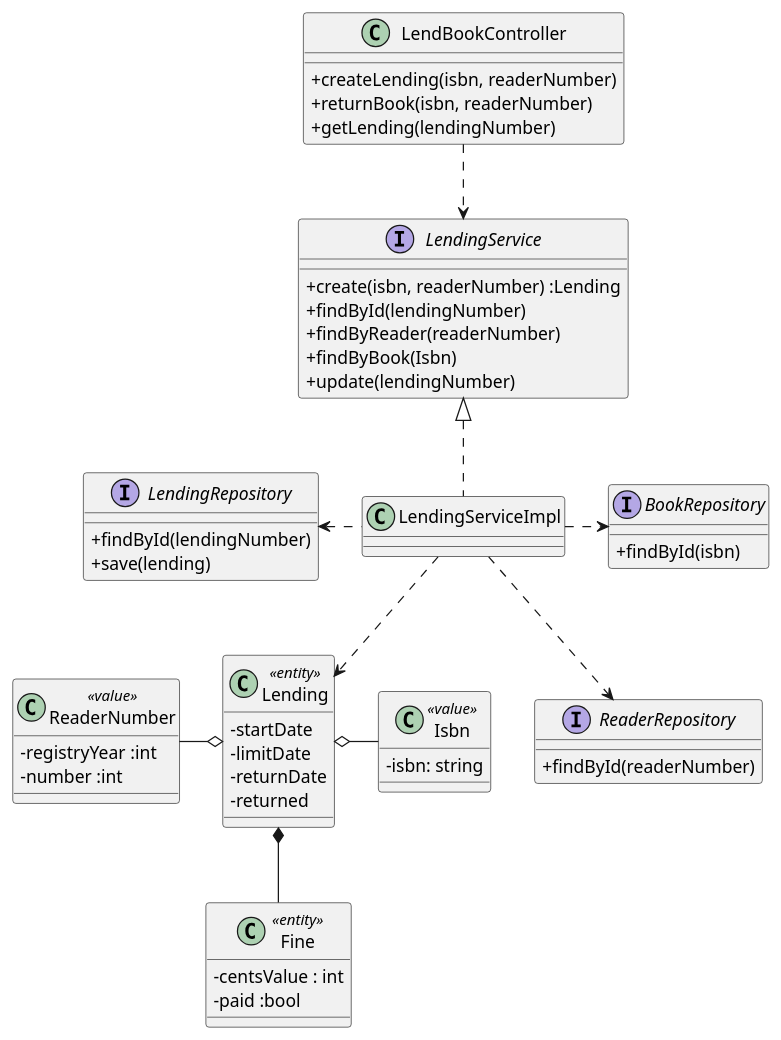
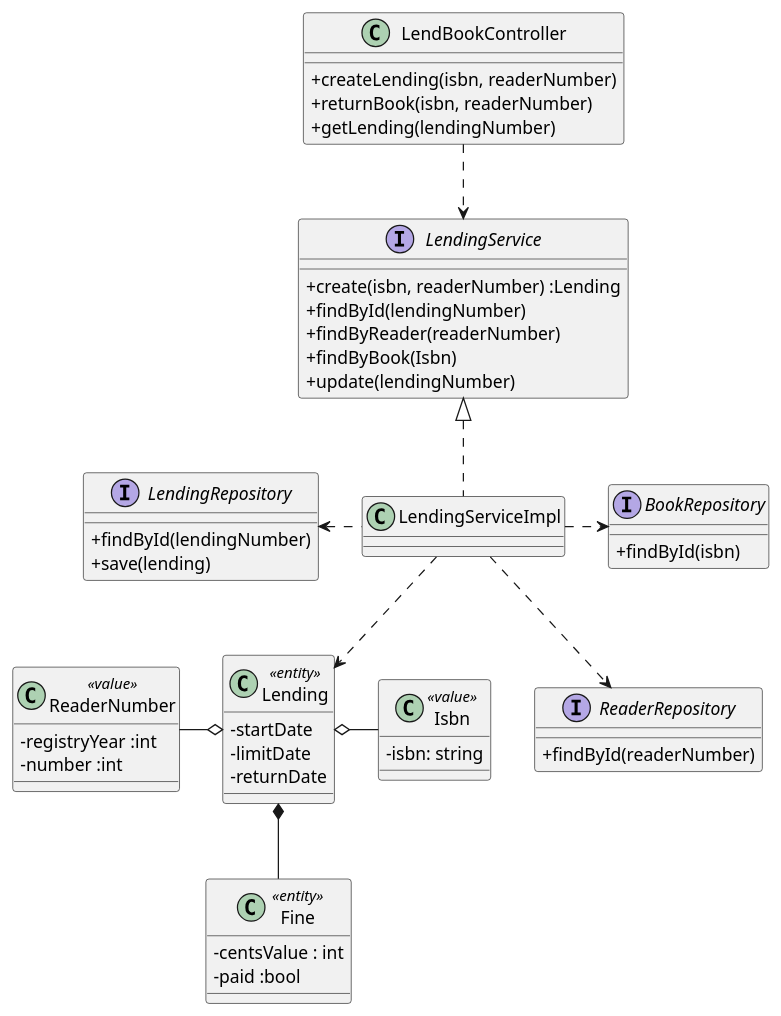
One commit to rutemf/1220944_1220772_G01 changed the diagram in Docs/Phase1/WP4A-Lendings/WP4A-Lendings-CD.puml. Above: the diagram before and after it, drawn with PlantUML. The commit also changed 21 other files, not shown here.

```diff
--- a/Docs/Phase1/WP4A-Lendings/WP4A-Lendings-CD.puml
+++ b/Docs/Phase1/WP4A-Lendings/WP4A-Lendings-CD.puml
@@ -1,76 +1,75 @@
 @startuml
 
 'hide circle
 skinparam classAttributeIconSize 0
 
 class LendBookController {
     + createLending(isbn, readerNumber)
     + returnBook(isbn, readerNumber)
     + getLending(lendingNumber)
 }
 
 /'class LendingFactory {
     + create() : Lending
 }'/
 
 interface LendingRepository {
     + findById(lendingNumber)
     + save(lending)
 }
 
 interface LendingService {
     + create(isbn, readerNumber) :Lending
     + findById(lendingNumber)
     + findByReader(readerNumber)
     + findByBook(Isbn)
     + update(lendingNumber)
 }
 
 class LendingServiceImpl implements LendingService{
 }
 
 interface ReaderRepository {
     + findById(readerNumber)
 }
 
 interface BookRepository {
     + findById(isbn)
 }
 
 class Lending <<entity>>{
     - startDate
     - limitDate
     - returnDate
-    - returned
 }
 
 class Isbn <<value>>{
     - isbn: string
 }
 
 class ReaderNumber <<value>>{
     - registryYear :int
     - number :int
 }
 
 class Fine <<entity>>{
     - centsValue : int
     - paid :bool
 }
 
 
 
 Lending o- Isbn
 Lending o-left- ReaderNumber
 Lending *-down- Fine
 /'
 LendingFactory ..> Lending
 '/
 LendingServiceImpl ..> Lending
 
 LendBookController ..> LendingService
 LendingServiceImpl .left.> LendingRepository
 LendingServiceImpl ..> ReaderRepository
 LendingServiceImpl .right.> BookRepository
 
 @enduml
```
